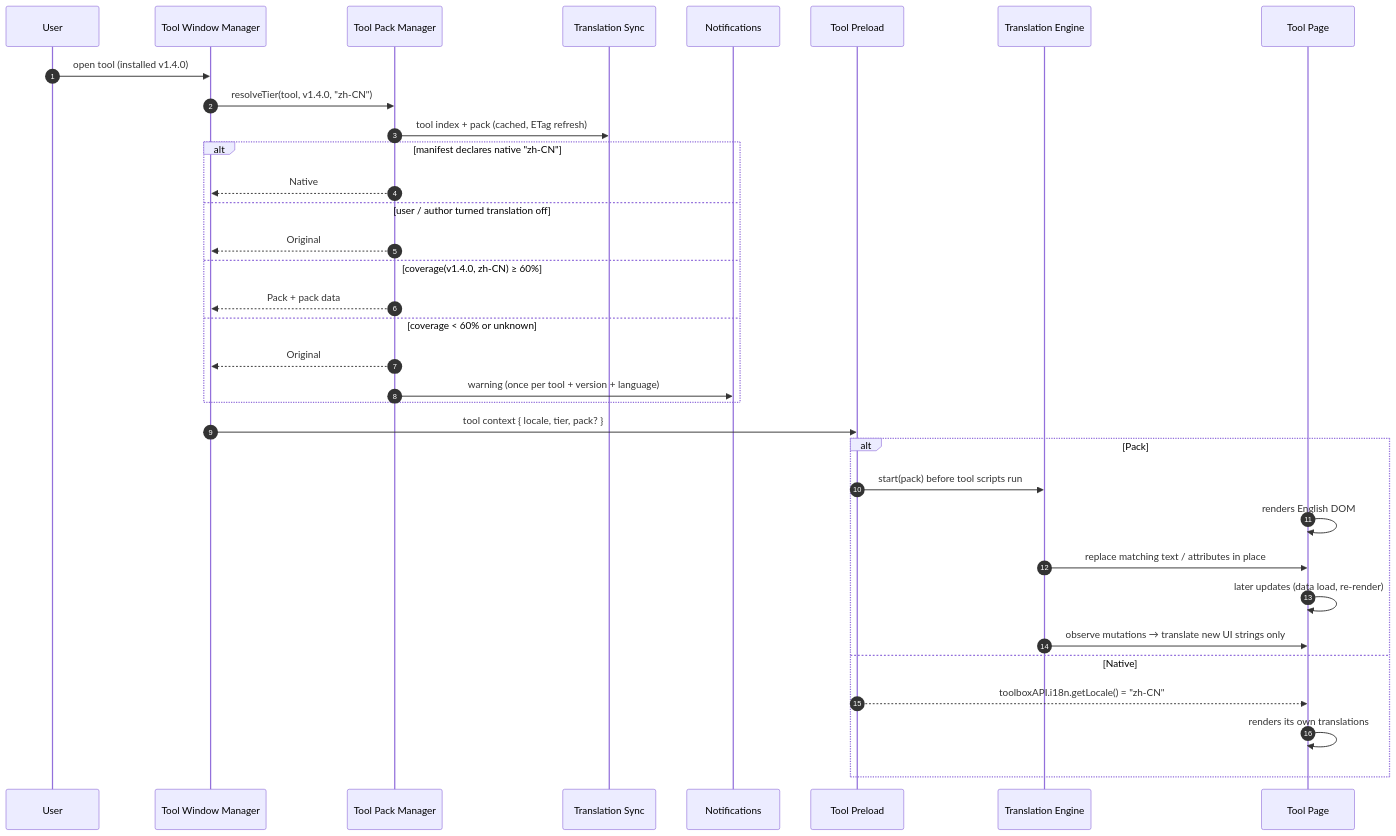
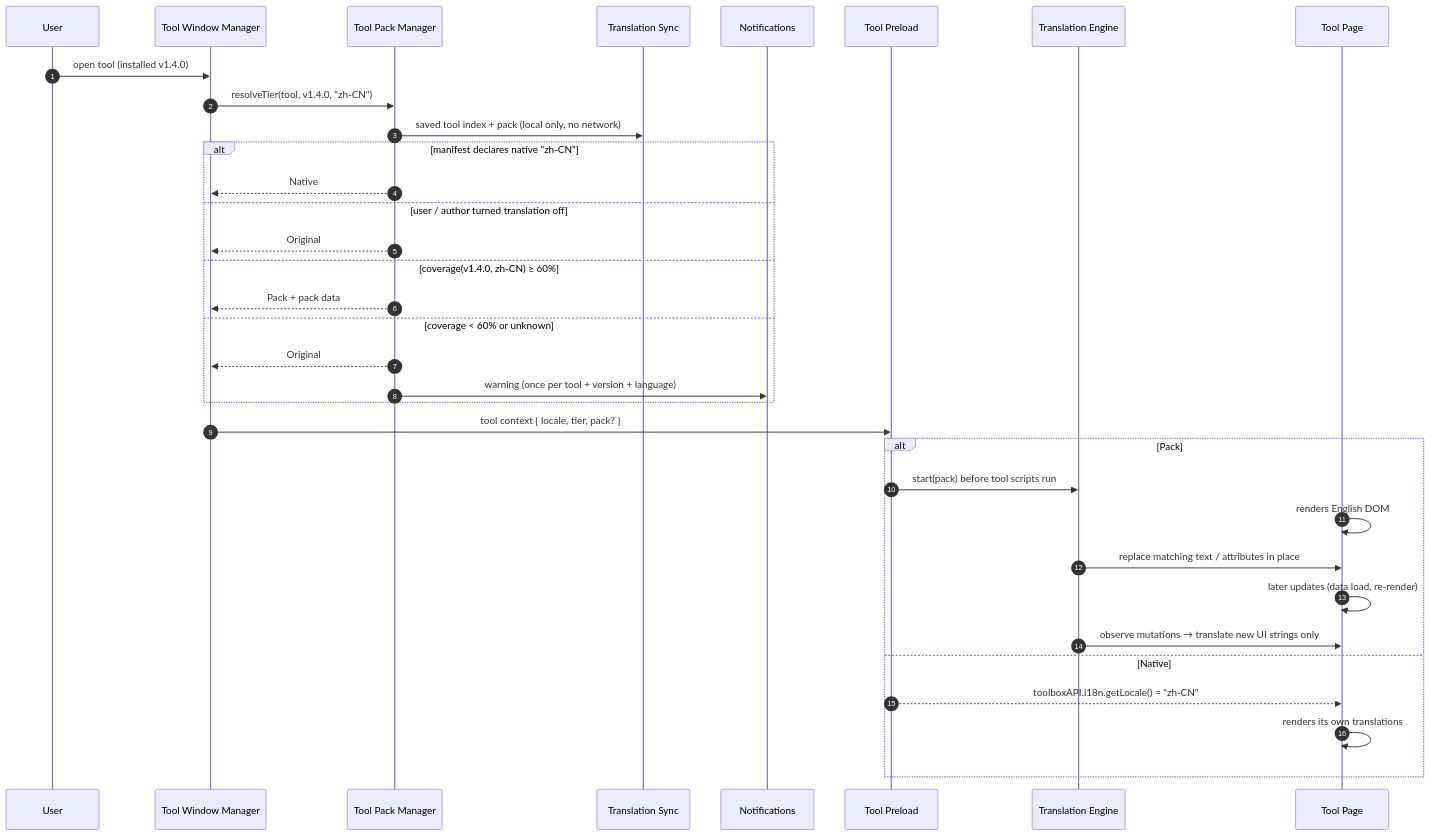
Before and after one commit to PowerPlatformToolBox/desktop-app: the fifth of 9 diagrams in docs/LOCALIZATION_ARCHITECTURE.md, drawn with Mermaid. The commit also changed other lines of this file and 1 other file, not shown here.

Commit message:
Refine localization implementation prompts: clarify shared translation sets, update data layout, enhance translation sync service, and improve tool pack manager logic

````diff
--- a/docs/LOCALIZATION_ARCHITECTURE.md
+++ b/docs/LOCALIZATION_ARCHITECTURE.md
@@ -527,37 +574,37 @@
 ```mermaid
 sequenceDiagram
     autonumber
     participant U as User
     participant TW as Tool Window Manager
     participant PM as Tool Pack Manager
     participant TS as Translation Sync
     participant N as Notifications
     participant PRE as Tool Preload
     participant ENG as Translation Engine
     participant T as Tool Page
 
     U->>TW: open tool (installed v1.4.0)
     TW->>PM: resolveTier(tool, v1.4.0, "zh-CN")
-    PM->>TS: tool index + pack (cached, ETag refresh)
+    PM->>TS: saved tool index + pack (local only, no network)
     alt manifest declares native "zh-CN"
         PM-->>TW: Native
     else user / author turned translation off
         PM-->>TW: Original
     else coverage(v1.4.0, zh-CN) ≥ 60%
         PM-->>TW: Pack + pack data
     else coverage < 60% or unknown
         PM-->>TW: Original
         PM->>N: warning (once per tool + version + language)
     end
     TW->>PRE: tool context { locale, tier, pack? }
     alt Pack
         PRE->>ENG: start(pack) before tool scripts run
         T->>T: renders English DOM
         ENG->>T: replace matching text / attributes in place
         T->>T: later updates (data load, re-render)
         ENG->>T: observe mutations → translate new UI strings only
     else Native
         PRE-->>T: toolboxAPI.i18n.getLocale() = "zh-CN"
         T->>T: renders its own translations
     end
 ```
````
